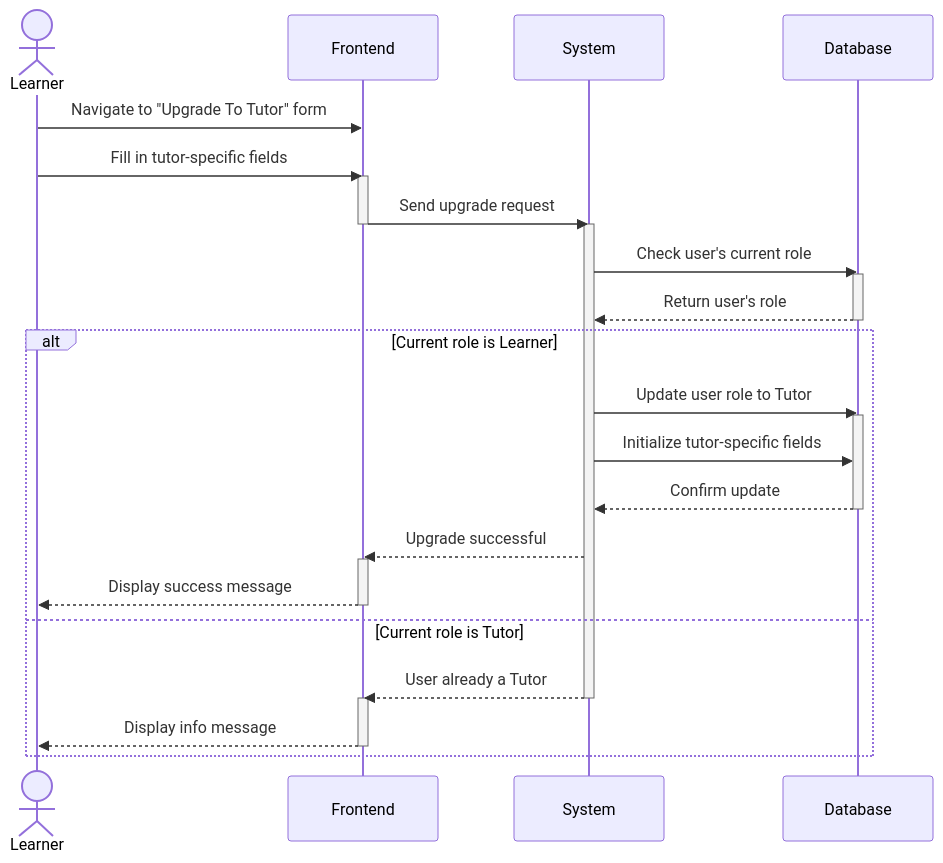
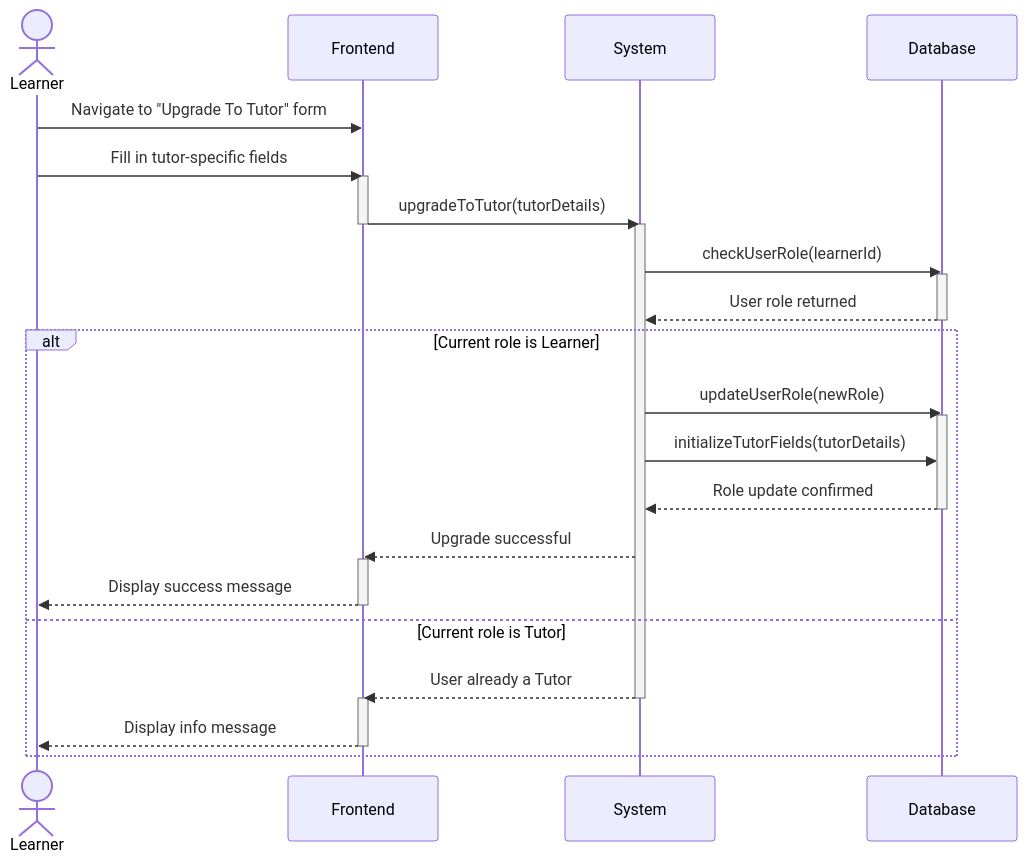
The diagram in upgradeToTutor.mermaid (Shaar03/Diagrams), drawn with Mermaid before and after one commit.

Commit message:
methods usage

```diff
--- a/upgradeToTutor.mermaid
+++ b/upgradeToTutor.mermaid
@@ -1,34 +1,34 @@
 sequenceDiagram
     actor Learner
     participant Frontend
     participant System
     participant Database
 
     Learner->>Frontend: Navigate to "Upgrade To Tutor" form
     Learner->>Frontend: Fill in tutor-specific fields
     activate Frontend
-    Frontend->>System: Send upgrade request
+    Frontend->>System: upgradeToTutor(tutorDetails)
     deactivate Frontend
     activate System
-    System->>Database: Check user's current role
+    System->>Database: checkUserRole(learnerId)
     activate Database
-    Database-->>System: Return user's role
+    Database-->>System: User role returned
     deactivate Database
 
     alt Current role is Learner
-        System->>Database: Update user role to Tutor
+        System->>Database: updateUserRole(newRole)
         activate Database
-        System->>Database: Initialize tutor-specific fields
-        Database-->>System: Confirm update
+        System->>Database: initializeTutorFields(tutorDetails)
+        Database-->>System: Role update confirmed
         deactivate Database
         System-->>Frontend: Upgrade successful
         activate Frontend
         Frontend-->>Learner: Display success message
         deactivate Frontend
     else Current role is Tutor
         System-->>Frontend: User already a Tutor
         deactivate System
         activate Frontend
         Frontend-->>Learner: Display info message
         deactivate Frontend
     end
```
